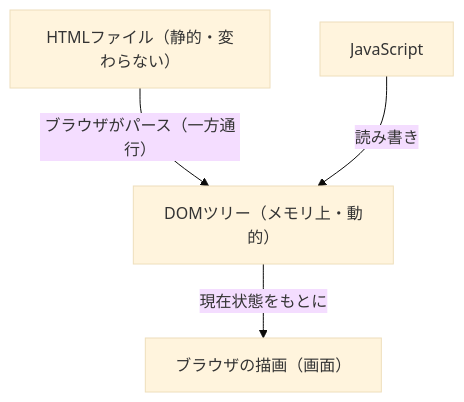
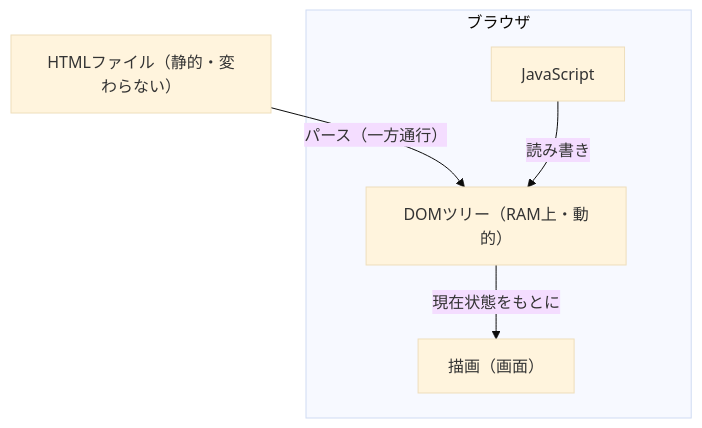
Before and after one commit to Bassiy/share_knowledge: the diagram in concepts/dom.md, drawn with Mermaid (base theme).

Commit message:
sync: update from info repo

````diff
--- a/concepts/dom.md
+++ b/concepts/dom.md
@@ -25,7 +25,12 @@
 ```mermaid
 flowchart TD
     A["HTMLファイル（静的・変わらない）"]
-    -->|ブラウザがパース（一方通行）| B["DOMツリー（メモリ上・動的）"]
-    B -->|現在状態をもとに| C["ブラウザの描画（画面）"]
-    D["JavaScript"] -->|読み書き| B
+    -->|パース（一方通行）| B
+
+    subgraph ブラウザ
+        B["DOMツリー（RAM上・動的）"]
+        D["JavaScript"]
+        D -->|読み書き| B
+        B -->|現在状態をもとに| C["描画（画面）"]
+    end
 ```
````
